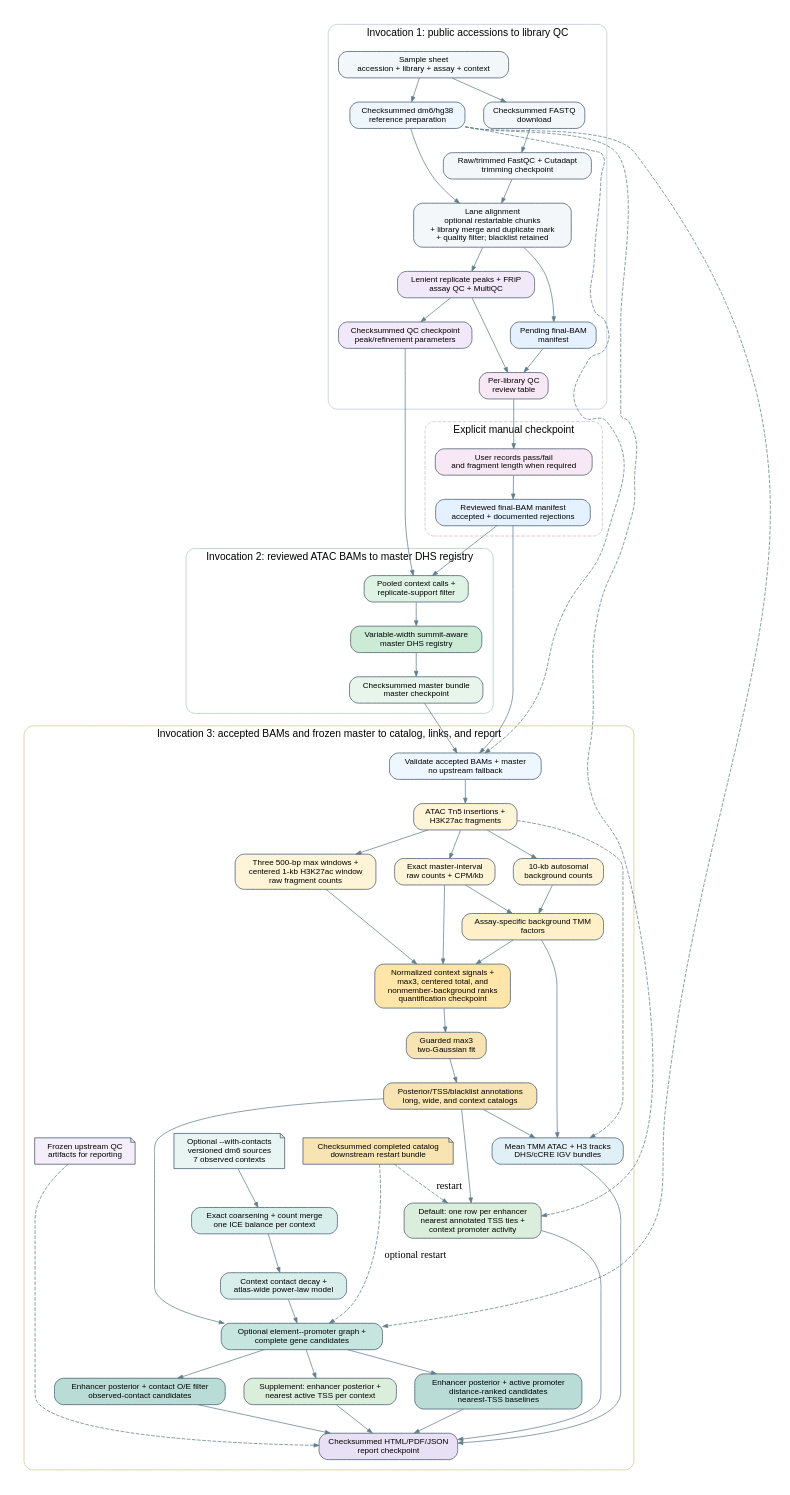
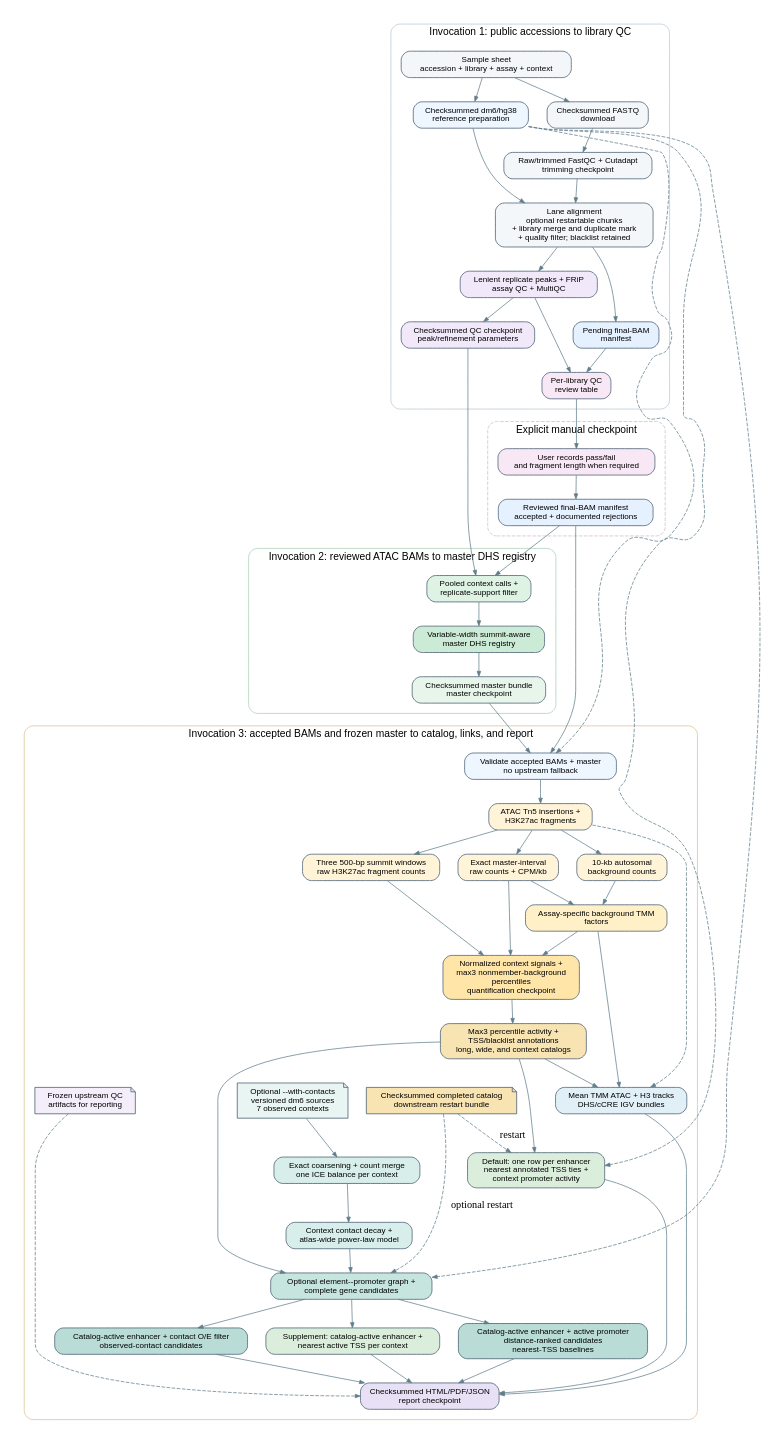
The diagram in docs/workflow-dag.dot (NicolasFrankel-lab/drosophila-cCREs), drawn with Graphviz before and after one commit. The commit also changed 41 other files, not shown here.

Commit message:
Replace H3K27ac mixtures with max3 background activity

```diff
--- a/docs/workflow-dag.dot
+++ b/docs/workflow-dag.dot
@@ -1,128 +1,127 @@
 digraph workflow {
   graph [rankdir=TB, bgcolor="#ffffff", pad=0.25, nodesep=0.35,
          ranksep=0.45, newrank=true, compound=true, fontname="Helvetica"];
   node [shape=box, style="rounded,filled", fontname="Helvetica", fontsize=11,
         color="#40566b", fillcolor="#f4f7fa", margin="0.13,0.08"];
   edge [color="#607d8b", arrowsize=0.7];
 
   subgraph cluster_qc {
     label="Invocation 1: public accessions to library QC";
     color="#b8c8d4";
     style="rounded";
     margin=14;
 
     inputs [label="Sample sheet\naccession + library + assay + context"];
     download [label="Checksummed FASTQ\ndownload"];
     reference [label="Checksummed dm6/hg38\nreference preparation", fillcolor="#eef6ff"];
     trim [label="Raw/trimmed FastQC + Cutadapt\ntrimming checkpoint"];
     align [label="Lane alignment\noptional restartable chunks\n+ library merge and duplicate mark\n+ quality filter; blacklist retained"];
     bammanifest [label="Pending final-BAM\nmanifest", fillcolor="#e5f1ff"];
     qc [label="Lenient replicate peaks + FRiP\nassay QC + MultiQC", fillcolor="#f1e9fa"];
     qccheckpoint [label="Checksummed QC checkpoint\npeak/refinement parameters", fillcolor="#f1e9fa"];
     reviewtable [label="Per-library QC\nreview table", fillcolor="#f8e8f5"];
 
     inputs -> download -> trim -> align;
     inputs -> reference;
     reference -> align;
     align -> bammanifest;
     align -> qc;
     qc -> qccheckpoint;
     bammanifest -> reviewtable;
     qc -> reviewtable;
     {rank=same; download; reference;}
     {rank=same; bammanifest; qccheckpoint;}
   }
 
   subgraph cluster_review {
     label="Explicit manual checkpoint";
     color="#d4b8ca";
     style="rounded,dashed";
     margin=14;
 
     review [label="User records pass/fail\nand fragment length when required", fillcolor="#f8e8f5"];
     reviewedbam [label="Reviewed final-BAM manifest\naccepted + documented rejections", fillcolor="#e5f1ff"];
 
     review -> reviewedbam;
   }
 
   subgraph cluster_master {
     label="Invocation 2: reviewed ATAC BAMs to master DHS registry";
     color="#a9ccb5";
     style="rounded";
     margin=14;
 
     context [label="Pooled context calls +\nreplicate-support filter", fillcolor="#dff3e5"];
     master [label="Variable-width summit-aware\nmaster DHS registry", fillcolor="#ccebd6"];
     mastermanifest [label="Checksummed master bundle\nmaster checkpoint", fillcolor="#e7f5eb"];
 
     context -> master -> mastermanifest;
   }
 
   subgraph cluster_activity {
     label="Invocation 3: accepted BAMs and frozen master to catalog, links, and report";
     color="#d9c18c";
     style="rounded";
     margin=14;
 
     validate [label="Validate accepted BAMs + master\nno upstream fallback", fillcolor="#eef6ff"];
     units [label="ATAC Tn5 insertions +\nH3K27ac fragments", fillcolor="#fff4d8"];
     exact [label="Exact master-interval\nraw counts + CPM/kb", fillcolor="#fff4d8"];
     background [label="10-kb autosomal\nbackground counts", fillcolor="#fff4d8"];
-    windows [label="Three 500-bp max windows +\ncentered 1-kb H3K27ac window\nraw fragment counts", fillcolor="#fff4d8"];
+    windows [label="Three 500-bp summit windows\nraw H3K27ac fragment counts", fillcolor="#fff4d8"];
     tmm [label="Assay-specific background TMM\nfactors", fillcolor="#fff0c7"];
-    quantify [label="Normalized context signals +\nmax3, centered total, and\nnonmember-background ranks\nquantification checkpoint", fillcolor="#ffe5a8"];
-    mixture [label="Guarded max3\ntwo-Gaussian fit", fillcolor="#f7e4b2"];
-    catalog [label="Posterior/TSS/blacklist annotations\nlong, wide, and context catalogs", fillcolor="#f7e4b2"];
+    quantify [label="Normalized context signals +\nmax3 nonmember-background\npercentiles\nquantification checkpoint", fillcolor="#ffe5a8"];
+    catalog [label="Max3 percentile activity +\nTSS/blacklist annotations\nlong, wide, and context catalogs", fillcolor="#f7e4b2"];
     catalogbundle [label="Checksummed completed catalog\ndownstream restart bundle", shape=note, fillcolor="#f7e4b2"];
     browser [label="Mean TMM ATAC + H3 tracks\nDHS/cCRE IGV bundles", fillcolor="#e1f0f7"];
     nearestwide [label="Default: one row per enhancer\nnearest annotated TSS ties +\ncontext promoter activity", fillcolor="#dbeedc"];
     contacts [label="Optional --with-contacts\nversioned dm6 sources\n7 observed contexts", shape=note, fillcolor="#e9f5f3"];
     normalizecontacts [label="Exact coarsening + count merge\none ICE balance per context", fillcolor="#d8eeea"];
     decay [label="Context contact decay +\natlas-wide power-law model", fillcolor="#d8eeea"];
     links [label="Optional element--promoter graph +\ncomplete gene candidates", fillcolor="#c7e5df"];
-    focused [label="Enhancer posterior + contact O/E filter\nobserved-contact candidates", fillcolor="#b9ddd6"];
-    nearest [label="Supplement: enhancer posterior +\nnearest active TSS per context", fillcolor="#dbeedc"];
-    distancefocused [label="Enhancer posterior + active promoter\ndistance-ranked candidates\nnearest-TSS baselines", fillcolor="#b9ddd6"];
+    focused [label="Catalog-active enhancer + contact O/E filter\nobserved-contact candidates", fillcolor="#b9ddd6"];
+    nearest [label="Supplement: catalog-active enhancer +\nnearest active TSS per context", fillcolor="#dbeedc"];
+    distancefocused [label="Catalog-active enhancer + active promoter\ndistance-ranked candidates\nnearest-TSS baselines", fillcolor="#b9ddd6"];
     sources [label="Frozen upstream QC\nartifacts for reporting", shape=note, fillcolor="#f3eef9"];
     report [label="Checksummed HTML/PDF/JSON\nreport checkpoint", fillcolor="#e8e1f5"];
 
     validate -> units;
     units -> exact;
     units -> background;
     units -> windows;
     exact -> tmm;
     background -> tmm;
     exact -> quantify;
     tmm -> quantify;
     windows -> quantify;
-    quantify -> mixture -> catalog;
+    quantify -> catalog;
     units -> browser [style=dashed];
     tmm -> browser;
     catalog -> browser;
     catalog -> nearestwide;
     contacts -> normalizecontacts -> decay -> links;
     links -> focused;
     links -> nearest;
     links -> distancefocused;
     catalog -> links;
     catalogbundle -> nearestwide [style=dashed, label="restart"];
     catalogbundle -> links [style=dashed, label="optional restart"];
     browser -> report;
     nearestwide -> report;
     focused -> report;
     nearest -> report;
     distancefocused -> report;
     sources -> report [style=dashed];
     {rank=same; exact; background; windows;}
     {rank=same; browser; contacts; sources; catalogbundle;}
   }
 
   reviewtable -> review;
   reviewedbam -> context;
   qccheckpoint -> context;
   reviewedbam -> validate;
   mastermanifest -> validate;
   reference -> validate [style=dashed, constraint=false];
   reference -> nearestwide [style=dashed, constraint=false];
   reference -> links [style=dashed, constraint=false];
 }
```
